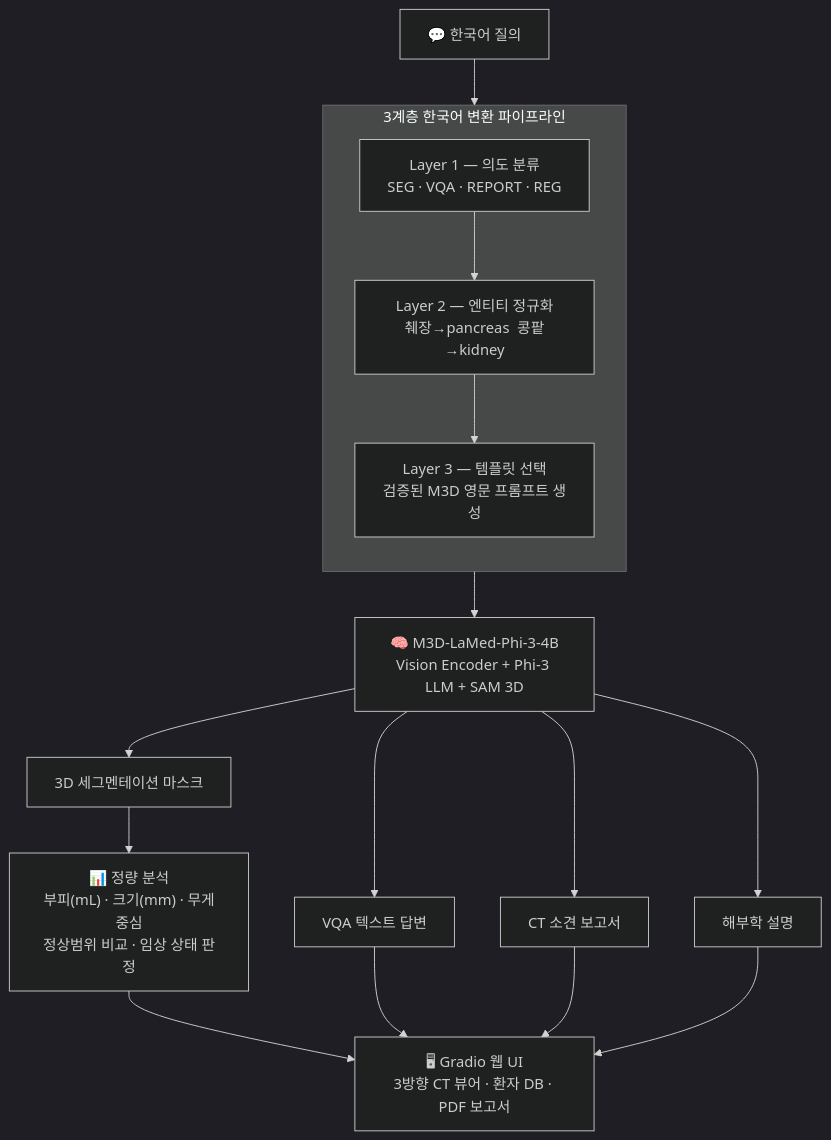
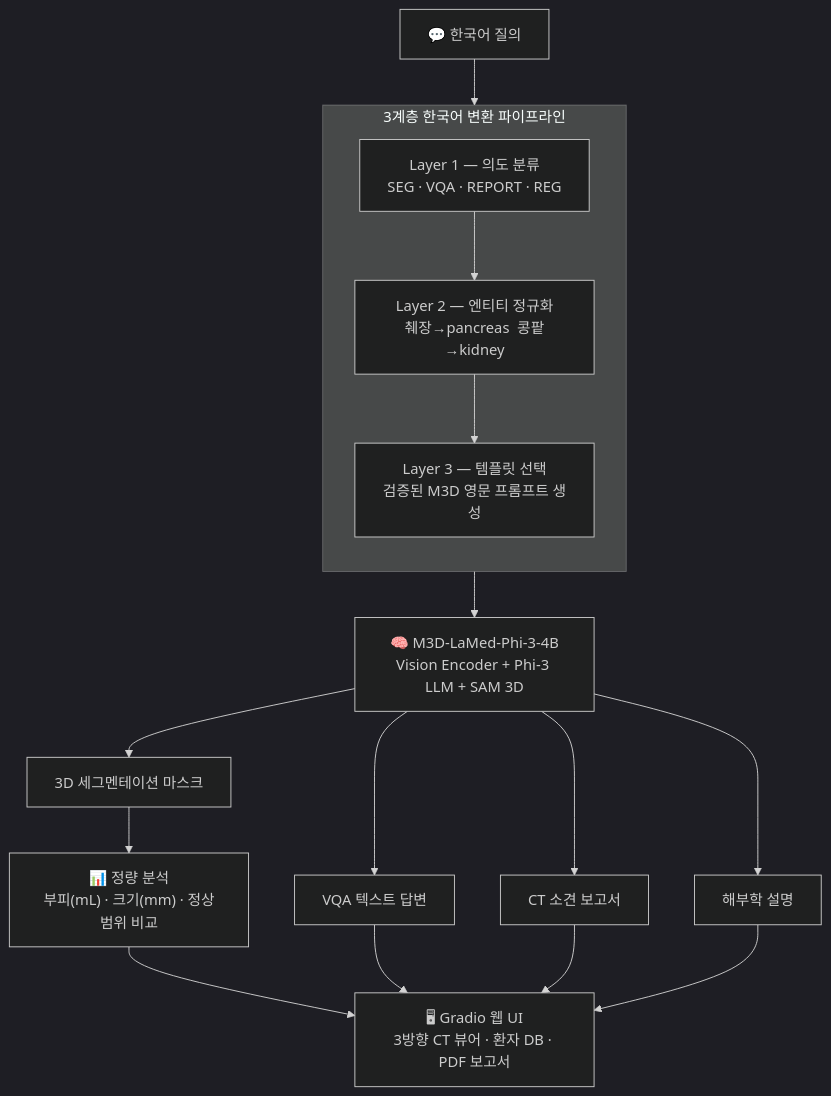
One commit to yuji4/MedSeg3D-KO changed the diagram in README.md. Above: the diagram before and after it, drawn with Mermaid (dark theme). The commit also changed other lines of this file and 1 other file, not shown here.

````diff
--- a/README.md
+++ b/README.md
@@ -42,27 +34,27 @@
 ```mermaid
 flowchart TD
     A["💬 한국어 질의"] --> L1
 
     subgraph PIPE["3계층 한국어 변환 파이프라인"]
         direction TB
         L1["Layer 1 — 의도 분류\nSEG · VQA · REPORT · REG"]
         L2["Layer 2 — 엔티티 정규화\n췌장→pancreas  콩팥→kidney"]
         L3["Layer 3 — 템플릿 선택\n검증된 M3D 영문 프롬프트 생성"]
         L1 --> L2 --> L3
     end
 
     L3 --> M["🧠 M3D-LaMed-Phi-3-4B\nVision Encoder + Phi-3 LLM + SAM 3D"]
 
     M --> R1["3D 세그멘테이션 마스크"]
     M --> R2["VQA 텍스트 답변"]
     M --> R3["CT 소견 보고서"]
     M --> R4["해부학 설명"]
 
-    R1 --> Q["📊 정량 분석\n부피(mL) · 크기(mm) · 무게중심\n정상범위 비교 · 임상 상태 판정"]
+    R1 --> Q["📊 정량 분석\n부피(mL) · 크기(mm) · 정상범위 비교"]
     Q --> UI
     R2 --> UI
     R3 --> UI
     R4 --> UI
 
     UI["🖥 Gradio 웹 UI\n3방향 CT 뷰어 · 환자 DB · PDF 보고서"]
 ```
````
